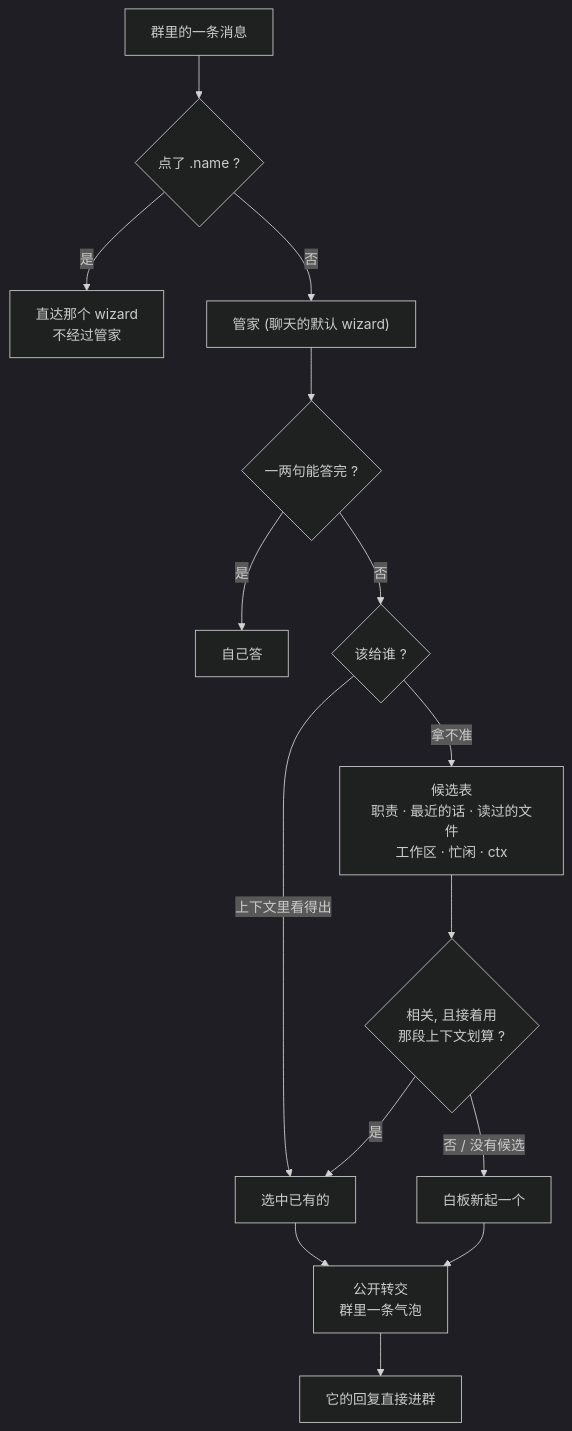
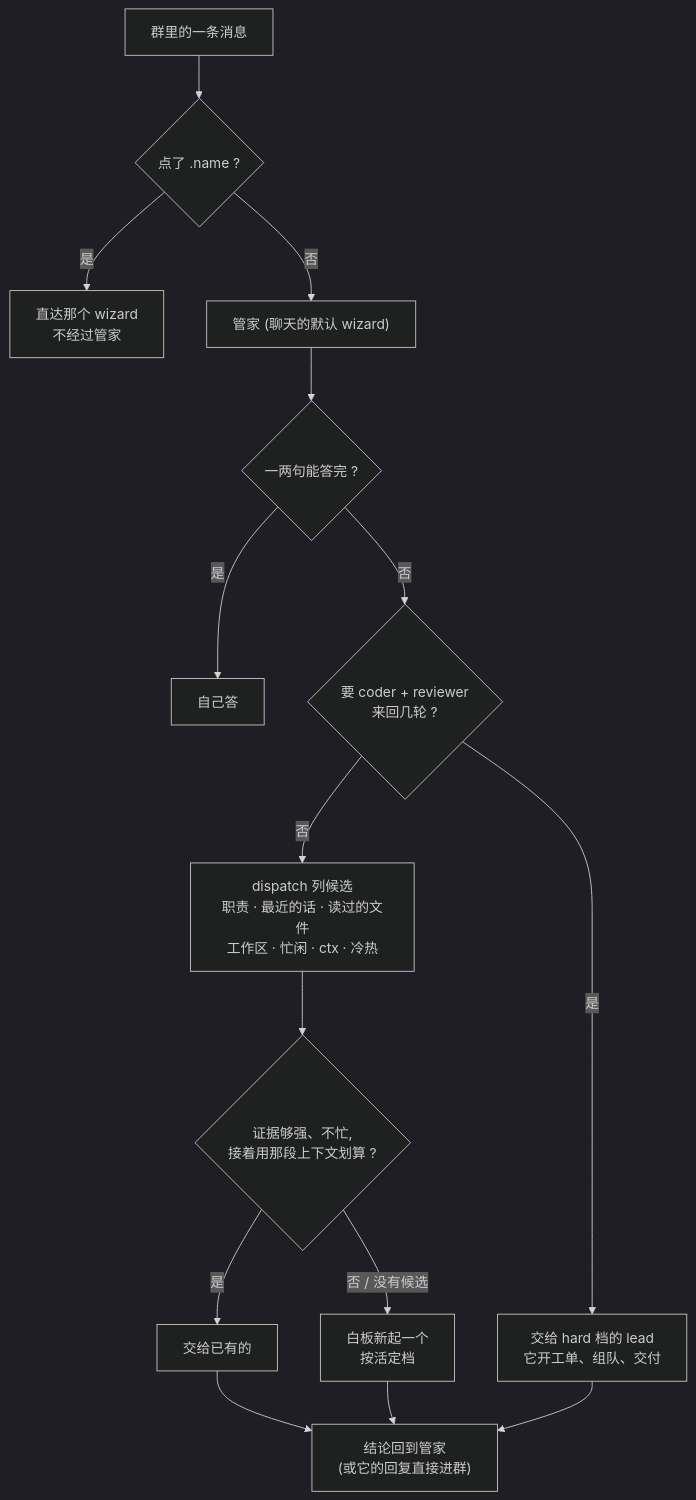
Before and after one commit to guxi11/wezard: the first of 2 diagrams in README.md, drawn with Mermaid (dark theme). The commit also changed other lines of this file and 5 other files, not shown here.

First line of the commit message:
docs: README 换 hero 与镜像配图, 按 2.3–2.4 的变更更新 README / 技术说明 / 审批配置

````diff
--- a/README.md
+++ b/README.md
@@ -140,17 +143,17 @@
 ```mermaid
 flowchart TD
     msg["群里的一条消息"] --> named{"点了 .name ?"}
     named -- "是" --> direct["直达那个 wizard<br/>不经过管家"]
     named -- "否" --> butler["管家 (聊天的默认 wizard)"]
     butler --> small{"一两句能答完 ?"}
     small -- "是" --> self["自己答"]
-    small -- "否" --> who{"该给谁 ?"}
-    who -- "上下文里看得出" --> pick["选中已有的"]
-    who -- "拿不准" --> table["候选表<br/>职责 · 最近的话 · 读过的文件<br/>工作区 · 忙闲 · ctx"]
-    table --> judge{"相关, 且接着用<br/>那段上下文划算 ?"}
-    judge -- "是" --> pick
-    judge -- "否 / 没有候选" --> fresh["白板新起一个"]
-    pick --> relay["公开转交<br/>群里一条气泡"]
-    fresh --> relay
-    relay --> reply["它的回复直接进群"]
+    small -- "否" --> big{"要 coder + reviewer<br/>来回几轮 ?"}
+    big -- "是" --> lead["交给 hard 档的 lead<br/>它开工单、组队、交付"]
+    big -- "否" --> table["dispatch 列候选<br/>职责 · 最近的话 · 读过的文件<br/>工作区 · 忙闲 · ctx · 冷热"]
+    table --> judge{"证据够强、不忙,<br/>接着用那段上下文划算 ?"}
+    judge -- "是" --> pick["交给已有的"]
+    judge -- "否 / 没有候选" --> fresh["白板新起一个<br/>按活定档"]
+    pick --> back["结论回到管家<br/>(或它的回复直接进群)"]
+    fresh --> back
+    lead --> back
 ```
````
